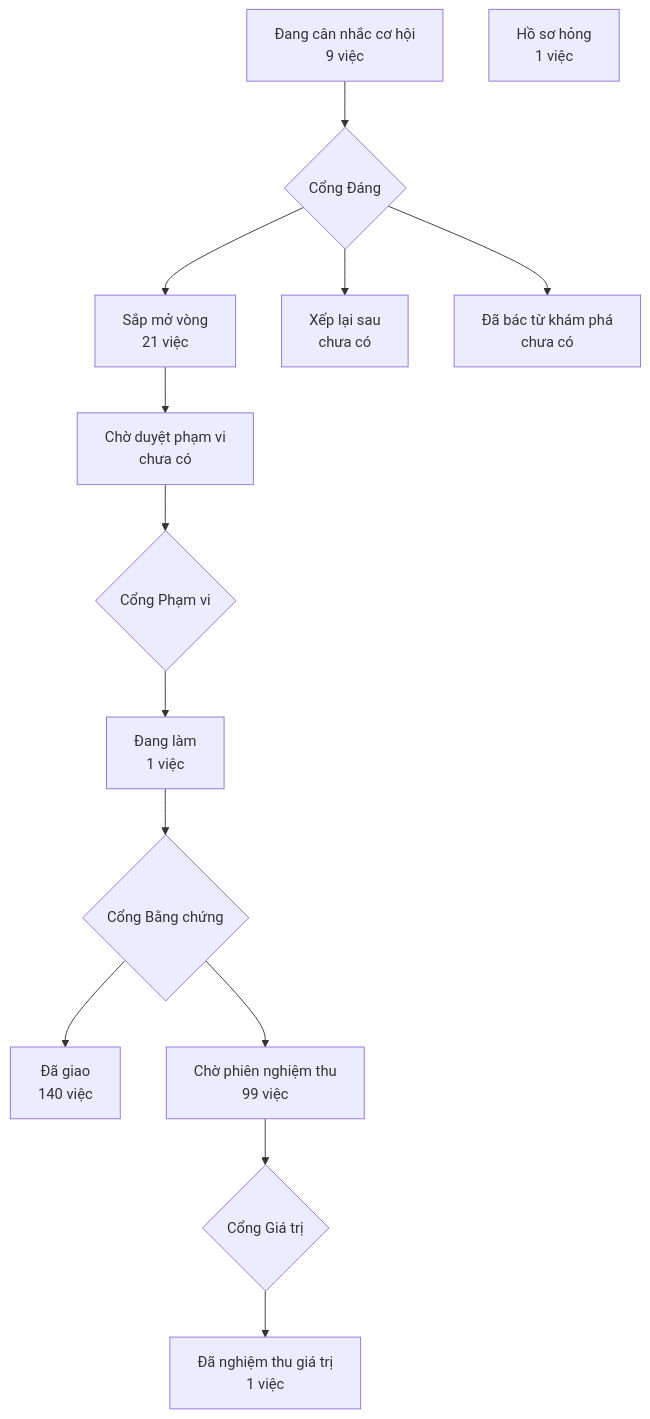
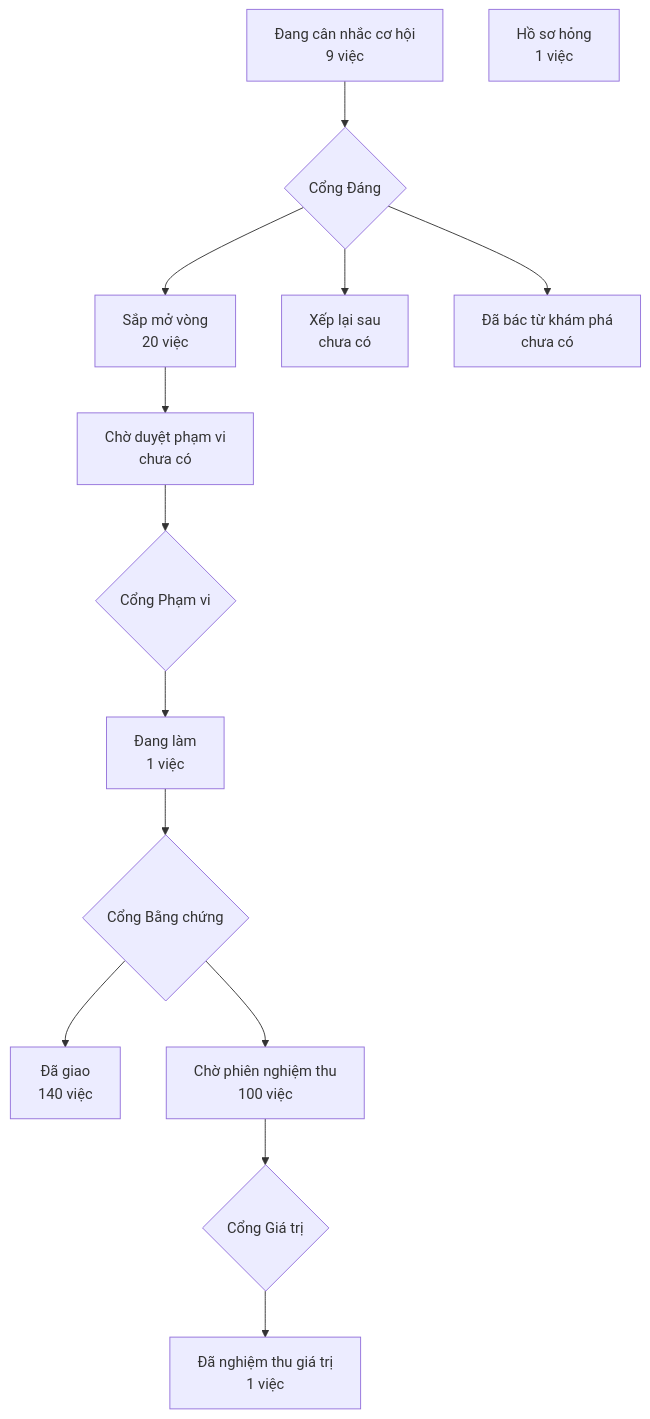
The diagram in PRODUCT-MAP.md (phanlemanh/crm-onehub), drawn with Mermaid before and after one commit. The commit also changed other lines of this file and 1 other file, not shown here.

Commit message:
chore: vẽ lại bản đồ sản phẩm trên cây sạch sau gộp onehub b1b083823 (L3)

````diff
--- a/PRODUCT-MAP.md
+++ b/PRODUCT-MAP.md
@@ -7,13 +7,13 @@
 ```mermaid
 flowchart TD
   A["Đang cân nhắc cơ hội<br/>9 việc"] --> GD{"Cổng Đáng"}
-  GD --> B["Sắp mở vòng<br/>21 việc"]
+  GD --> B["Sắp mở vòng<br/>20 việc"]
   GD --> XL["Xếp lại sau<br/>chưa có"]
   GD --> DB["Đã bác từ khám phá<br/>chưa có"]
   B --> CD["Chờ duyệt phạm vi<br/>chưa có"] --> GP{"Cổng Phạm vi"}
   GP --> DL["Đang làm<br/>1 việc"] --> GB{"Cổng Bằng chứng"}
   GB --> DG["Đã giao<br/>140 việc"]
-  GB --> CN["Chờ phiên nghiệm thu<br/>99 việc"] --> GG{"Cổng Giá trị"}
+  GB --> CN["Chờ phiên nghiệm thu<br/>100 việc"] --> GG{"Cổng Giá trị"}
   GG --> NT["Đã nghiệm thu giá trị<br/>1 việc"]
   HS["Hồ sơ hỏng<br/>1 việc"]
 ```
````
